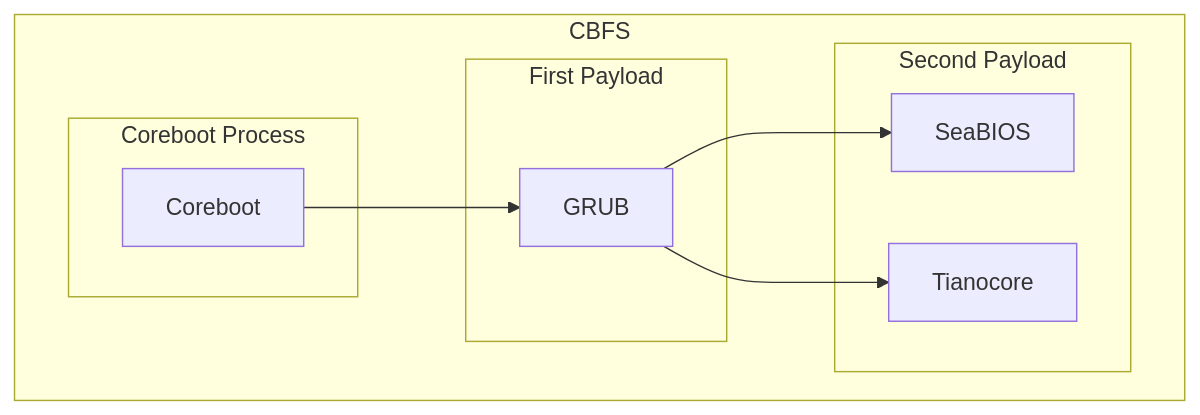
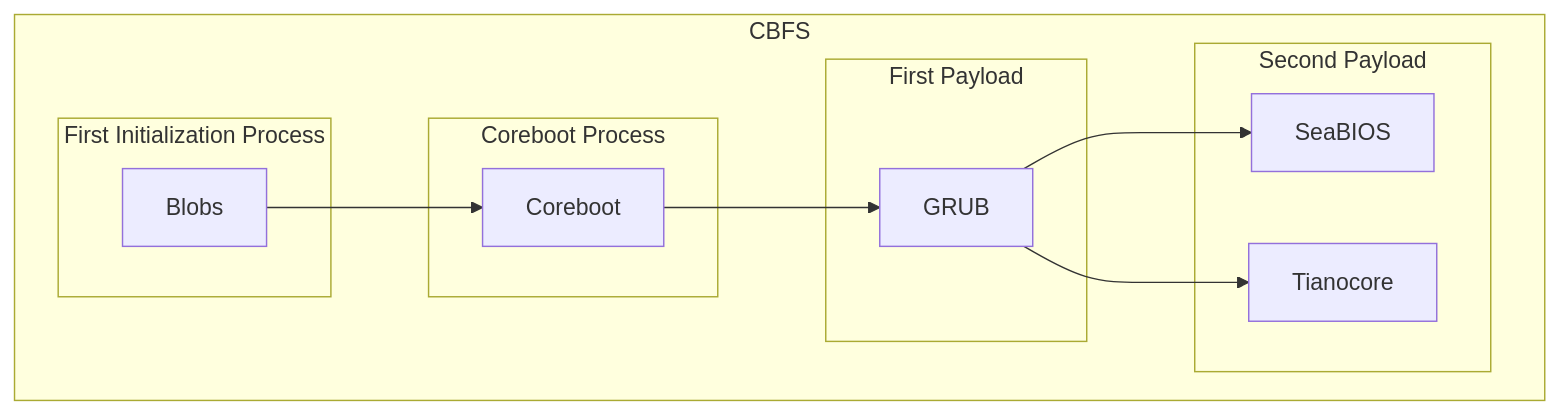
The diagram in README.md (Ch3ckm4t3C1ph3r/Lenovo-Ideapad-320-14ISK-_Coreboot-Adaptation_), drawn with Mermaid before and after one commit. The commit also changed other lines of this file, not shown here.

Commit message:
Fix typos and enhance boot process documentation
Corrected typos and improved clarity in the boot process section.

````diff
--- a/README.md
+++ b/README.md
@@ -97,21 +97,29 @@
 ```mermaid
 flowchart LR;
     subgraph CBFS
         direction LR
+
+        %% Not publicly documented boot process
+        subgraph First Initialization Process
+        Blobs
+        end
+
+        Blobs --> Coreboot
+
         subgraph Coreboot Process
         Coreboot
         end
     
         Coreboot-->GRUB
     
         subgraph First Payload
         GRUB
         end
     
         GRUB-->SeaBIOS & Tianocore
     
         subgraph Second Payload
         SeaBIOS & Tianocore
         end
     end
 ```
````
